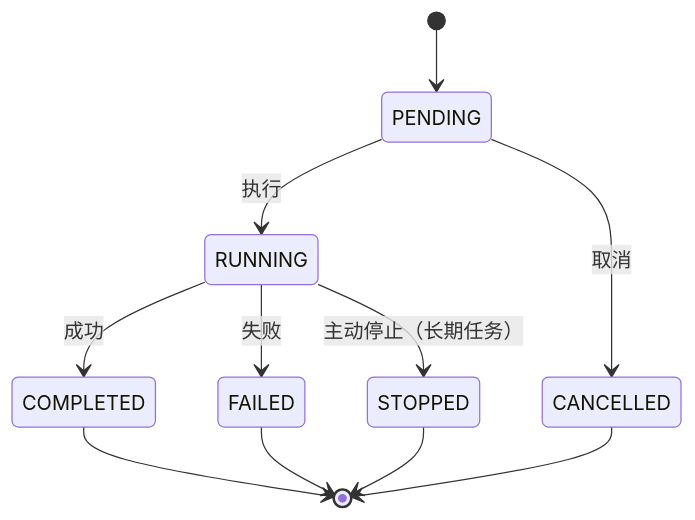
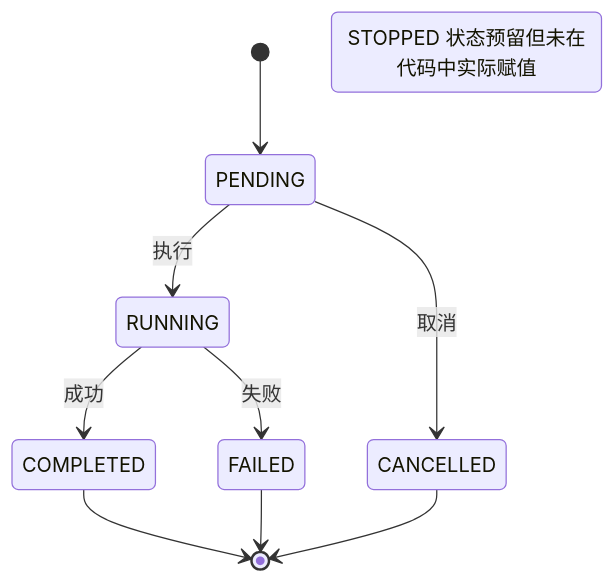
One commit to KKPIP-Tech/InstructionX changed the first of 3 diagrams in docs/core/background-task/overview.md. Above: the diagram before and after it, drawn with Mermaid. The commit also changed other lines of this file and 13 other files, not shown here.

````diff
--- a/docs/core/background-task/overview.md
+++ b/docs/core/background-task/overview.md
@@ -132,13 +132,12 @@
 ```mermaid
 stateDiagram-v2
     [*] --> PENDING
     PENDING --> RUNNING: 执行
     PENDING --> CANCELLED: 取消
     RUNNING --> COMPLETED: 成功
     RUNNING --> FAILED: 失败
-    RUNNING --> STOPPED: 主动停止（长期任务）
     COMPLETED --> [*]
     FAILED --> [*]
     CANCELLED --> [*]
-    STOPPED --> [*]
+    Note: STOPPED 状态预留但未在代码中实际赋值
 ```
````
